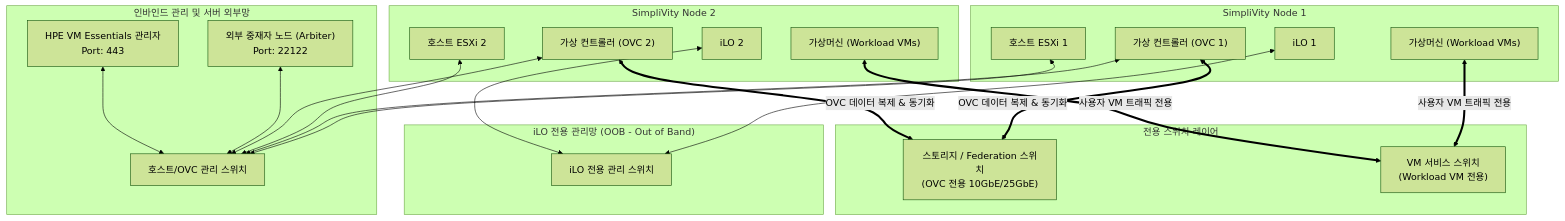
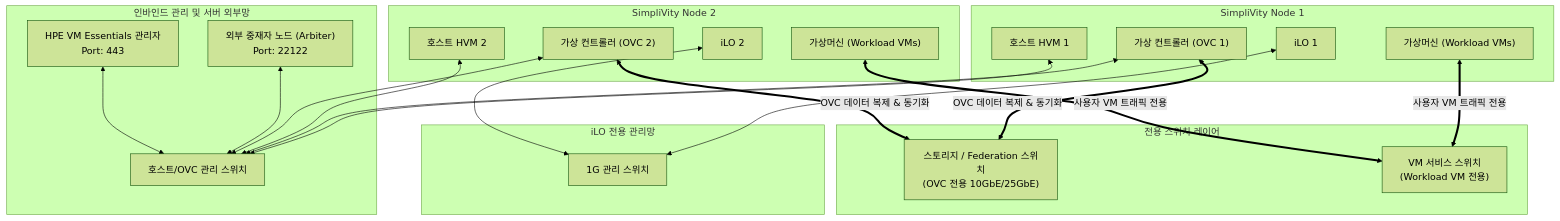
The diagram in content/posts/01_SimpliVity_설치준비/index.md (CheolKyunYU/ck.log), drawn with Mermaid (forest theme) before and after one commit. The commit also changed other lines of this file, not shown here.

Commit message:
용어 수정

````diff
--- a/content/posts/01_SimpliVity_설치준비/index.md
+++ b/content/posts/01_SimpliVity_설치준비/index.md
@@ -43,51 +43,51 @@
 ```mermaid
 graph TD
-    subgraph OOB_Mgmt["iLO 전용 관리망 (OOB - Out of Band)"]
-        iLO_SW["iLO 전용 관리 스위치"]
+    subgraph Mgmt["iLO 전용 관리망"]
+        iLO_SW["1G 관리 스위치"]
     end
 
     subgraph External["인바인드 관리 및 서버 외부망"]
         Arbiter["외부 중재자 노드 (Arbiter)<br/>Port: 22122"]
         VME["HPE VM Essentials 관리자<br/>Port: 443"]
         MgmtSW["호스트/OVC 관리 스위치"]
     end
 
     subgraph Node1["SimpliVity Node 1"]
         iLO1["iLO 1"]
-        ESXi1["호스트 ESXi 1"]
+        HVM1["호스트 HVM 1"]
         OVC1["가상 컨트롤러 (OVC 1)"]
         VMs1["가상머신 (Workload VMs)"]
     end
 
     subgraph Node2["SimpliVity Node 2"]
         iLO2["iLO 2"]
-        ESXi2["호스트 ESXi 2"]
+        HVM2["호스트 HVM 2"]
         OVC2[" 가상 컨트롤러 (OVC 2)"]
         VMs2["가상머신 (Workload VMs)"]
     end
 
     subgraph Dedicated_SW["전용 스위치 레이어"]
         StorSW["스토리지 / Federation 스위치<br/>(OVC 전용 10GbE/25GbE)"]
         VMSW["VM 서비스 스위치<br/>(Workload VM 전용)"]
     end
 
-    %% iLO OOB 연결
+    %% iLO 1G 연결
     iLO1 <--> iLO_SW
     iLO2 <--> iLO_SW
 
-    %% In-Band Mgmt 연결
-    ESXi1 <--> MgmtSW
+    %% In-Band 10g(권고) Mgmt 연결
+    HVM1 <--> MgmtSW
     OVC1 <--> MgmtSW
-    ESXi2 <--> MgmtSW
+    HVM2 <--> MgmtSW
     OVC2 <--> MgmtSW
     Arbiter <--> MgmtSW
     VME <--> MgmtSW
 
-    %% OVC 전용 Storage & Federation 연결
+    %% OVC 전용 10g Storage & Federation 연결
     OVC1 <==>|OVC 데이터 복제 & 동기화| StorSW
     OVC2 <==>|OVC 데이터 복제 & 동기화| StorSW
 
     %% Workload VM 서비스 연결 (스토리지 망 직접 접근 불가)
     VMs1 <==>|사용자 VM 트래픽 전용| VMSW
     VMs2 <==>|사용자 VM 트래픽 전용| VMSW
 ```
````
